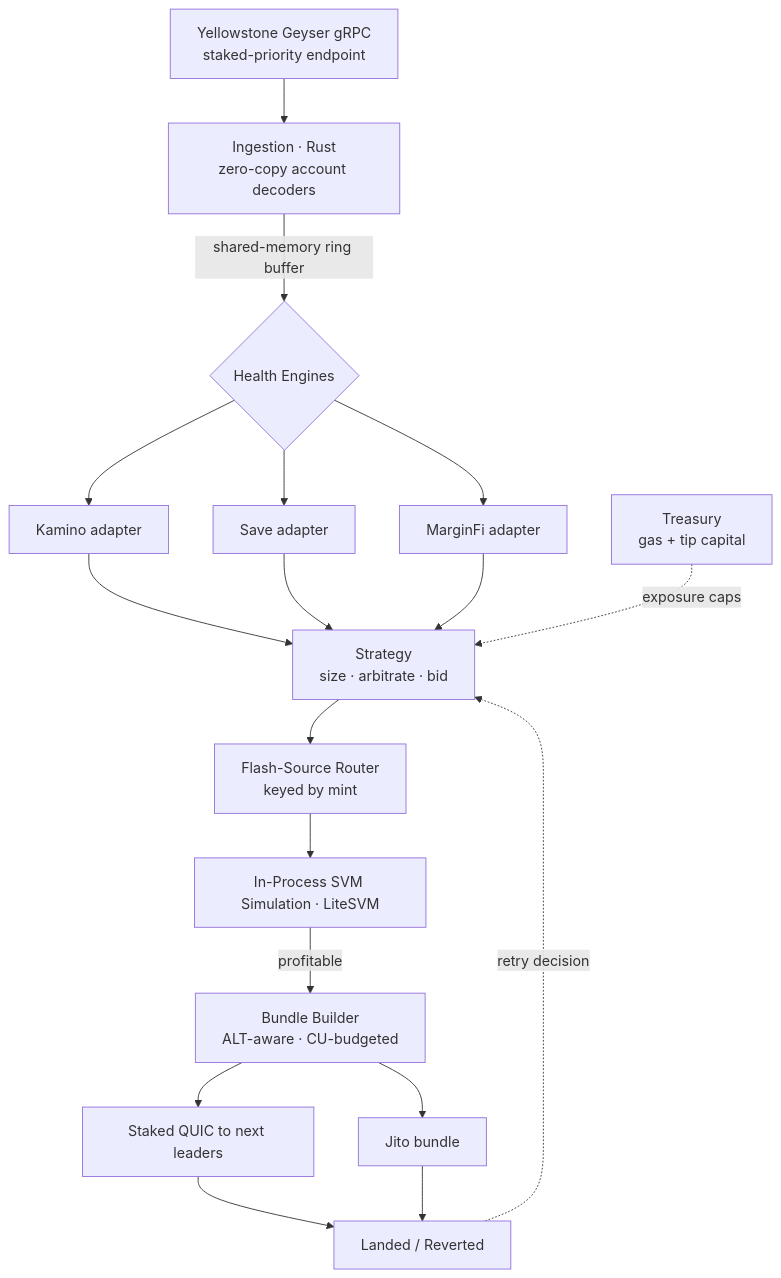
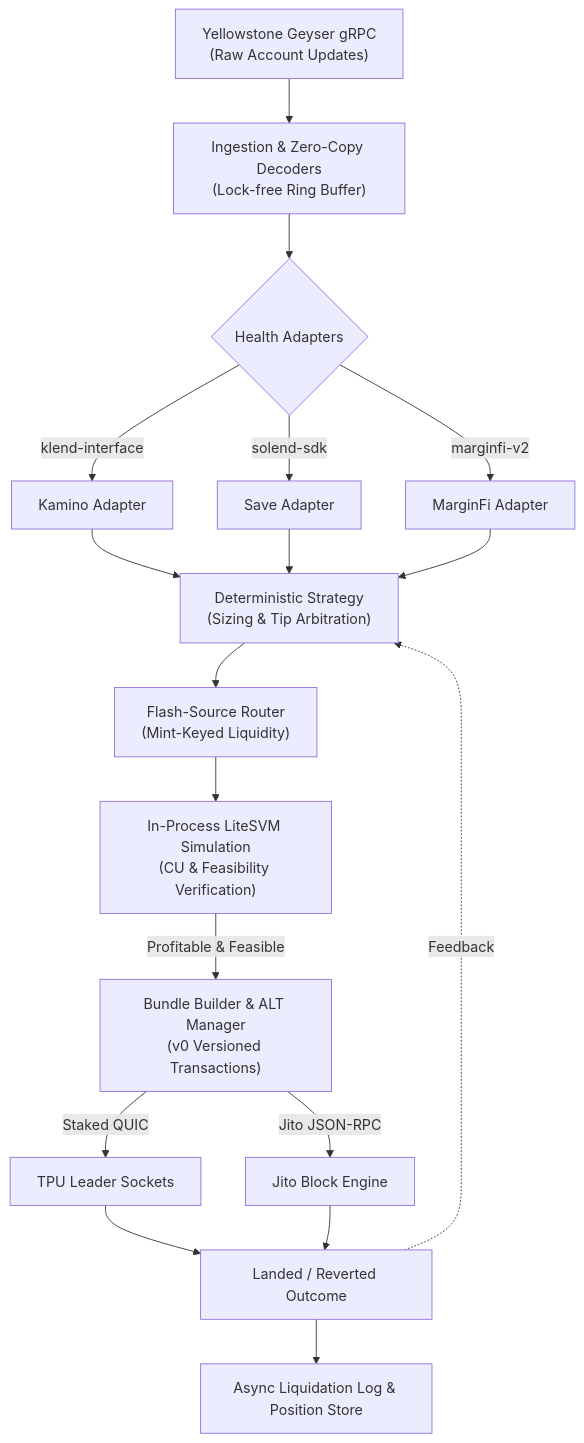
One commit to Xtley001/gyrfalcon changed the diagram in README.md. Above: the diagram before and after it, drawn with Mermaid. The commit also changed other lines of this file and 6 other files, not shown here.

Commit message:
docs: overhaul repository documentation to DeFi-grade standard with Mermaid architecture diagrams

````diff
--- a/README.md
+++ b/README.md
@@ -29,17 +29,17 @@
 ```mermaid
 flowchart TD
-    G[Yellowstone Geyser gRPC<br/>staked-priority endpoint] --> I[Ingestion · Rust<br/>zero-copy account decoders]
-    I -->|shared-memory ring buffer| H{Health Engines}
-    H --> KA[Kamino adapter]
-    H --> SA[Save adapter]
-    H --> MA[MarginFi adapter]
-    KA & SA & MA --> ST[Strategy<br/>size · arbitrate · bid]
-    ST --> R[Flash-Source Router<br/>keyed by mint]
-    R --> S[In-Process SVM Simulation · LiteSVM]
-    S -->|profitable| B[Bundle Builder<br/>ALT-aware · CU-budgeted]
-    B --> D1[Staked QUIC to next leaders]
-    B --> D2[Jito bundle]
-    D1 & D2 --> L[Landed / Reverted]
-    L -.retry decision.-> ST
-    TR[Treasury<br/>gas + tip capital] -.exposure caps.-> ST
+    G["Yellowstone Geyser gRPC<br/>(Raw Account Updates)"] --> I["Ingestion & Zero-Copy Decoders<br/>(Lock-free Ring Buffer)"]
+    I --> H{"Health Adapters"}
+    H -->|klend-interface| KA["Kamino Adapter"]
+    H -->|solend-sdk| SA["Save Adapter"]
+    H -->|marginfi-v2| MA["MarginFi Adapter"]
+    KA & SA & MA --> ST["Deterministic Strategy<br/>(Sizing & Tip Arbitration)"]
+    ST --> R["Flash-Source Router<br/>(Mint-Keyed Liquidity)"]
+    R --> S["In-Process LiteSVM Simulation<br/>(CU & Feasibility Verification)"]
+    S -->|Profitable & Feasible| B["Bundle Builder & ALT Manager<br/>(v0 Versioned Transactions)"]
+    B -->|Staked QUIC| D1["TPU Leader Sockets"]
+    B -->|Jito JSON-RPC| D2["Jito Block Engine"]
+    D1 & D2 --> OUT["Landed / Reverted Outcome"]
+    OUT --> LOG["Async Liquidation Log & Position Store"]
+    OUT -.Feedback.-> ST
 ```
````
